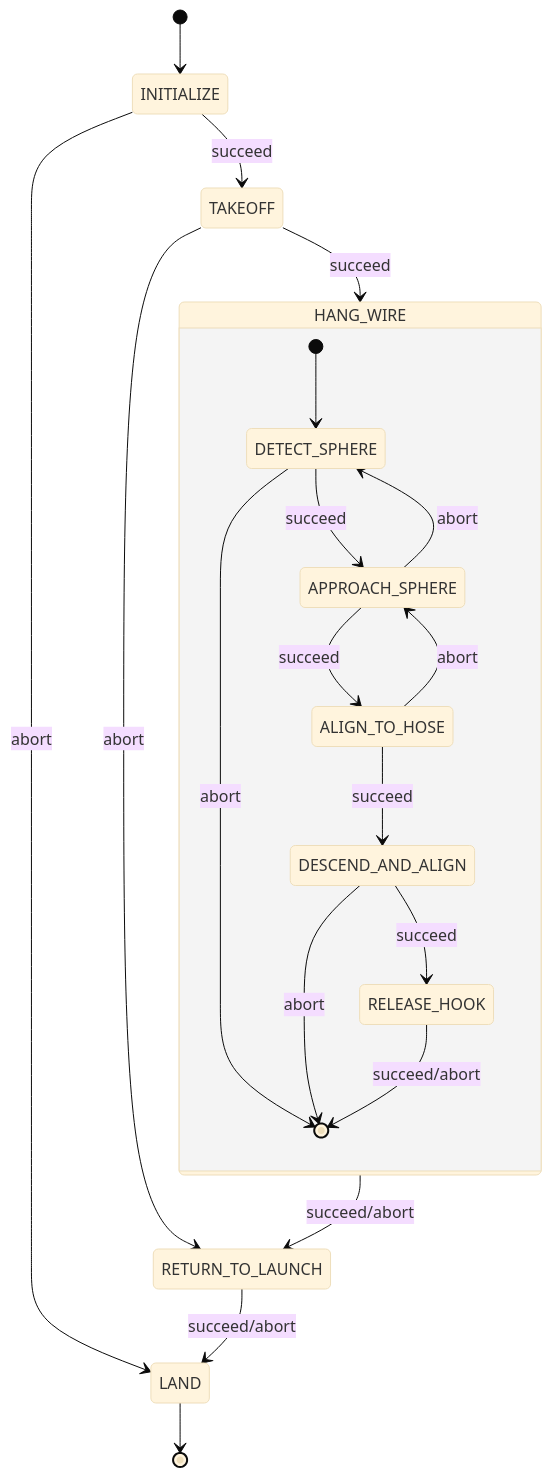
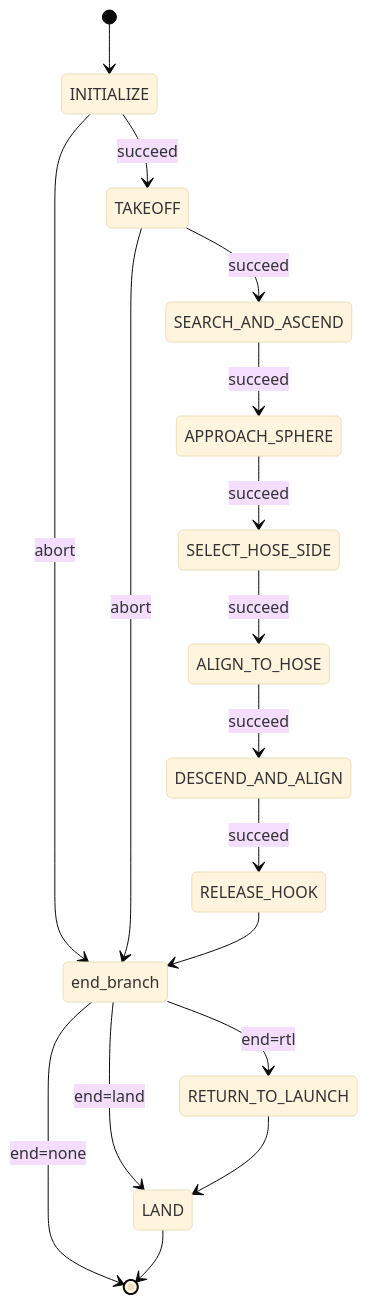
The diagram in hook/README.md (Black-Bee-Drones/SAE-2026), drawn with Mermaid (base theme) before and after one commit. The commit also changed other lines of this file and 15 other files, not shown here.

````diff
--- a/hook/README.md
+++ b/hook/README.md
@@ -24,30 +37,19 @@
 ```mermaid
 stateDiagram-v2
     [*] --> INITIALIZE
     INITIALIZE --> TAKEOFF: succeed
-    INITIALIZE --> LAND: abort
-
-    TAKEOFF --> HANG_WIRE: succeed
-    TAKEOFF --> RETURN_TO_LAUNCH: abort
-
-    state HANG_WIRE {
-        [*] --> DETECT_SPHERE
-        DETECT_SPHERE --> APPROACH_SPHERE: succeed
-        DETECT_SPHERE --> [*]: abort
-
-        APPROACH_SPHERE --> ALIGN_TO_HOSE: succeed
-        APPROACH_SPHERE --> DETECT_SPHERE: abort
-
-        ALIGN_TO_HOSE --> DESCEND_AND_ALIGN: succeed
-        ALIGN_TO_HOSE --> APPROACH_SPHERE: abort
-
-        DESCEND_AND_ALIGN --> RELEASE_HOOK: succeed
-        DESCEND_AND_ALIGN --> [*]: abort
-
-        RELEASE_HOOK --> [*]: succeed/abort
-    }
-
-    HANG_WIRE --> RETURN_TO_LAUNCH: succeed/abort
-    RETURN_TO_LAUNCH --> LAND: succeed/abort
+    INITIALIZE --> end_branch: abort
+    TAKEOFF --> SEARCH_AND_ASCEND: succeed
+    TAKEOFF --> end_branch: abort
+    SEARCH_AND_ASCEND --> APPROACH_SPHERE: succeed
+    APPROACH_SPHERE --> SELECT_HOSE_SIDE: succeed
+    SELECT_HOSE_SIDE --> ALIGN_TO_HOSE: succeed
+    ALIGN_TO_HOSE --> DESCEND_AND_ALIGN: succeed
+    DESCEND_AND_ALIGN --> RELEASE_HOOK: succeed
+    RELEASE_HOOK --> end_branch
+    end_branch --> RETURN_TO_LAUNCH: end=rtl
+    end_branch --> LAND: end=land
+    end_branch --> [*]: end=none
+    RETURN_TO_LAUNCH --> LAND
     LAND --> [*]
 ```
````
